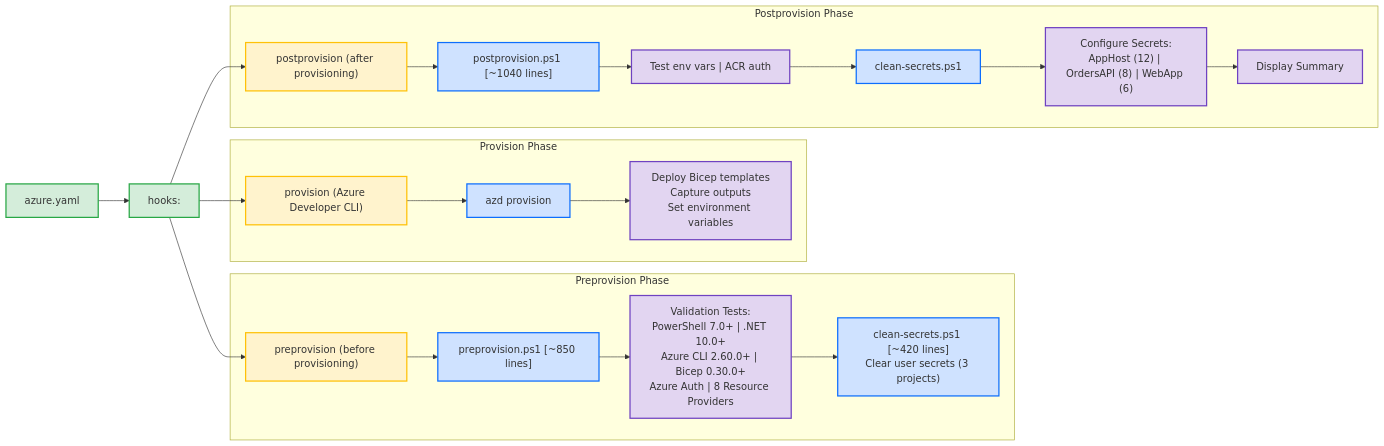
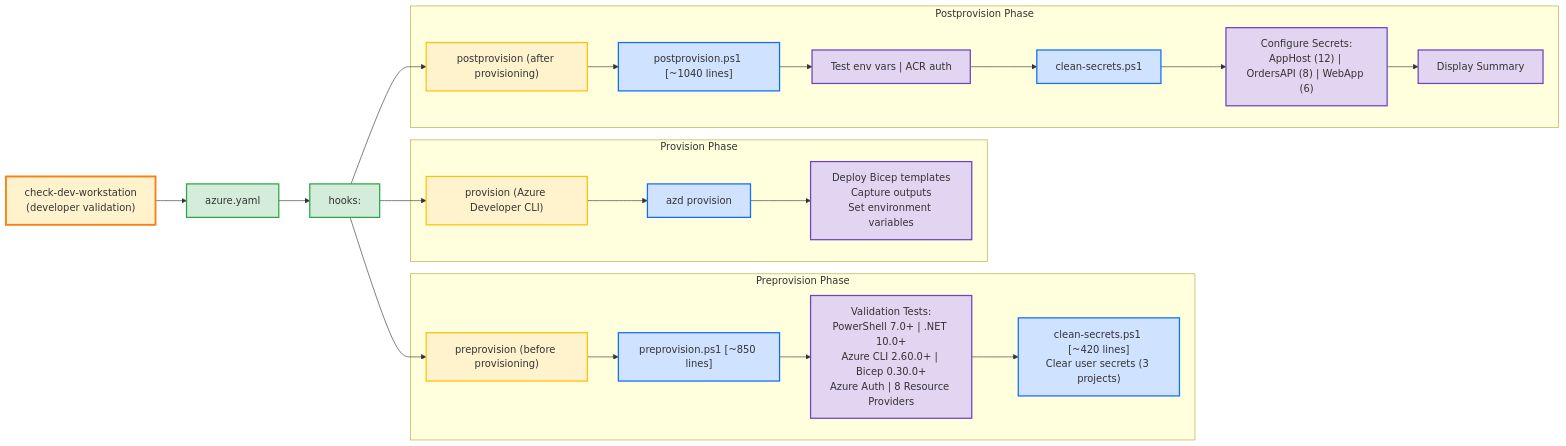
The diagram in hooks/README.md (Evilazaro/Azure-LogicApps-Monitoring), drawn with Mermaid before and after one commit. The commit also changed other lines of this file and 8 other files, not shown here.

````diff
--- a/hooks/README.md
+++ b/hooks/README.md
@@ -366,38 +366,41 @@
 ```mermaid
 flowchart LR
-    AzureYaml["azure.yaml"]
+    CheckDev["check-dev-workstation<br/>(developer validation)"]
+    CheckDev --> AzureYaml["azure.yaml"]
     AzureYaml --> Hooks["hooks:"]
     
     Hooks --> Preprovision["preprovision (before provisioning)"]
     Hooks --> Provision["provision (Azure Developer CLI)"]
     Hooks --> Postprovision["postprovision (after provisioning)"]
     
     subgraph PreprovisionPhase["Preprovision Phase"]
         Preprovision --> PreprovisionScript["preprovision.ps1 [~850 lines]"]
         PreprovisionScript --> PreprovTests["Validation Tests:<br/>PowerShell 7.0+ | .NET 10.0+<br/>Azure CLI 2.60.0+ | Bicep 0.30.0+<br/>Azure Auth | 8 Resource Providers"]
         PreprovTests --> CleanSecrets1["clean-secrets.ps1 [~420 lines]<br/>Clear user secrets (3 projects)"]
     end
     
     subgraph ProvisionPhase["Provision Phase"]
         Provision --> AzdProvision["azd provision"]
         AzdProvision --> BicepDeploy["Deploy Bicep templates<br/>Capture outputs<br/>Set environment variables"]
     end
     
     subgraph PostprovisionPhase["Postprovision Phase"]
         Postprovision --> PostprovisionScript["postprovision.ps1 [~1040 lines]"]
         PostprovisionScript --> PostprovTests["Test env vars | ACR auth"]
         PostprovTests --> CleanSecrets2["clean-secrets.ps1"]
         CleanSecrets2 --> ConfigSecrets["Configure Secrets:<br/>AppHost (12) | OrdersAPI (8) | WebApp (6)"]
         ConfigSecrets --> Summary["Display Summary"]
     end
     
+    classDef devClass fill:#fff3cd,stroke:#fd7e14,stroke-width:3px
     classDef rootClass fill:#d4edda,stroke:#28a745,stroke-width:2px
     classDef phaseClass fill:#fff3cd,stroke:#ffc107,stroke-width:2px
     classDef scriptClass fill:#cfe2ff,stroke:#0d6efd,stroke-width:2px
     classDef taskClass fill:#e2d5f1,stroke:#6f42c1,stroke-width:2px
     
+    class CheckDev devClass
     class AzureYaml,Hooks rootClass
     class Preprovision,Provision,Postprovision phaseClass
     class PreprovisionScript,PostprovisionScript,AzdProvision,CleanSecrets1,CleanSecrets2 scriptClass
     class PreprovTests,BicepDeploy,PostprovTests,ConfigSecrets,Summary taskClass
 ```
````
